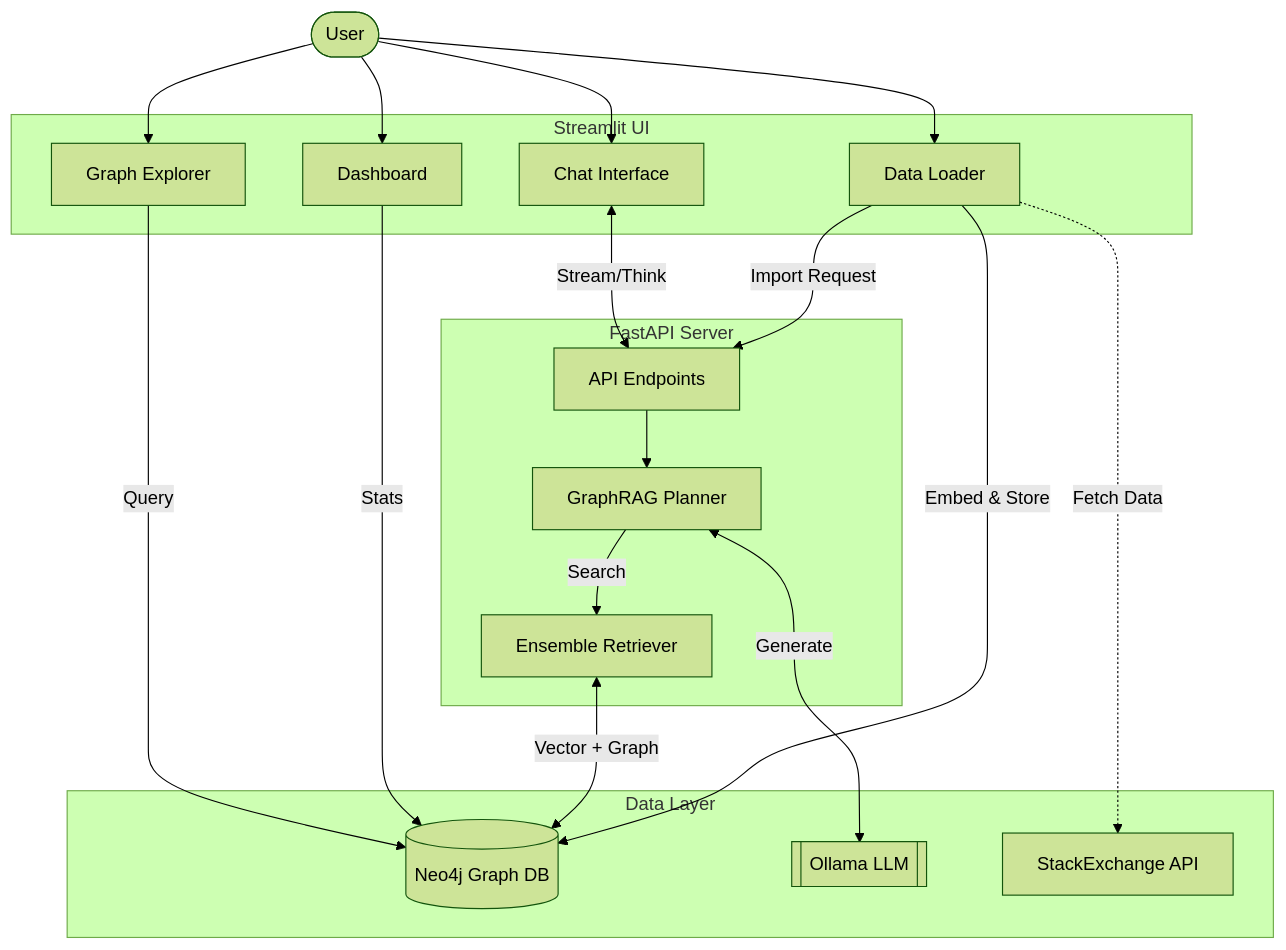
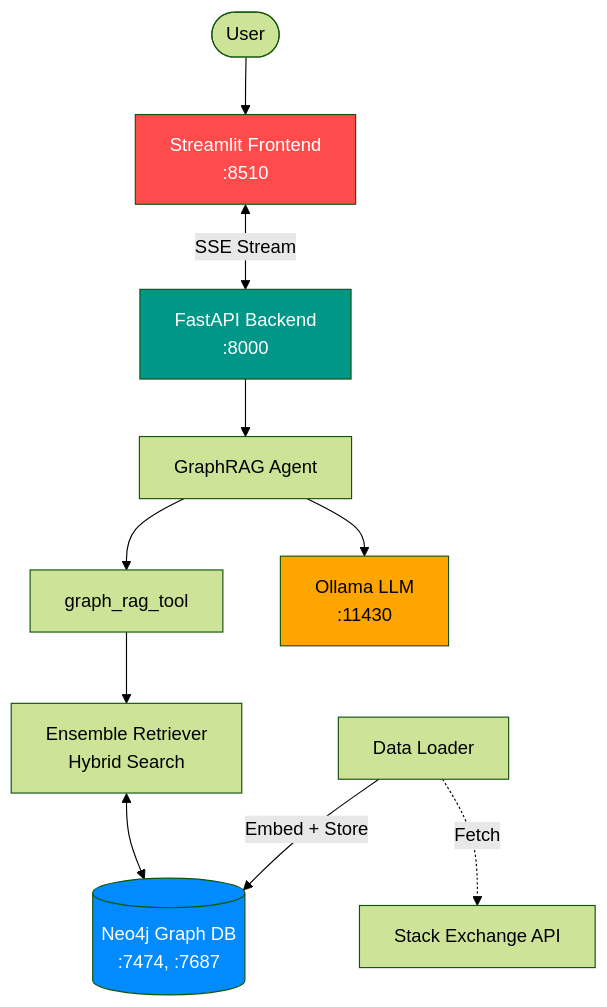
Before and after one commit to Lollimerd/stackexchange-agent: the diagram in README.md, drawn with Mermaid (forest theme). The commit also changed other lines of this file and 16 other files, not shown here.

````diff
--- a/README.md
+++ b/README.md
@@ -28,40 +45,19 @@
 ```mermaid
 graph TD
-    User([User])
-    subgraph Frontend [Streamlit UI]
-        Chat[Chat Interface]
-        Loader[Data Loader]
-        Explorer[Graph Explorer]
-        Dash[Dashboard]
-    end
-
-    subgraph Backend [FastAPI Server]
-        API[API Endpoints]
-        Planner[GraphRAG Planner]
-        Retriever[Ensemble Retriever]
-    end
-
-    subgraph Data [Data Layer]
-        Neo4j[(Neo4j Graph DB)]
-        Ollama[[Ollama LLM]]
-        SE_API[StackExchange API]
-    end
-
-    User --> Chat
-    User --> Loader
-    User --> Explorer
-    User --> Dash
-
-    Chat <-->|Stream/Think| API
-    Loader -->|Import Request| API
-    Explorer -->|Query| Neo4j
-    Dash -->|Stats| Neo4j
-
-    API --> Planner
-    Planner -->|Search| Retriever
-    Retriever <-->|Vector + Graph| Neo4j
-    Planner <-->|Generate| Ollama
+    User([User]) --> Streamlit[Streamlit Frontend<br/>:8510]
+    Streamlit <-->|SSE Stream| FastAPI[FastAPI Backend<br/>:8000]
     
-    Loader -.->|Fetch Data| SE_API
-    Loader -->|Embed & Store| Neo4j
+    FastAPI --> Agent[GraphRAG Agent]
+    Agent --> Tools[graph_rag_tool]
+    Tools --> Retriever[Ensemble Retriever<br/>Hybrid Search]
+    Retriever <--> Neo4j[(Neo4j Graph DB<br/>:7474, :7687)]
+    Agent --> LLM[Ollama LLM<br/>:11430]
+    
+    Loader[Data Loader] -.->|Fetch| SE[Stack Exchange API]
+    Loader -->|Embed + Store| Neo4j
+    
+    style Streamlit fill:#ff4b4b,color:#fff
+    style FastAPI fill:#009688,color:#fff
+    style Neo4j fill:#018bff,color:#fff
+    style LLM fill:#ffa500,color:#000
 ```
````
